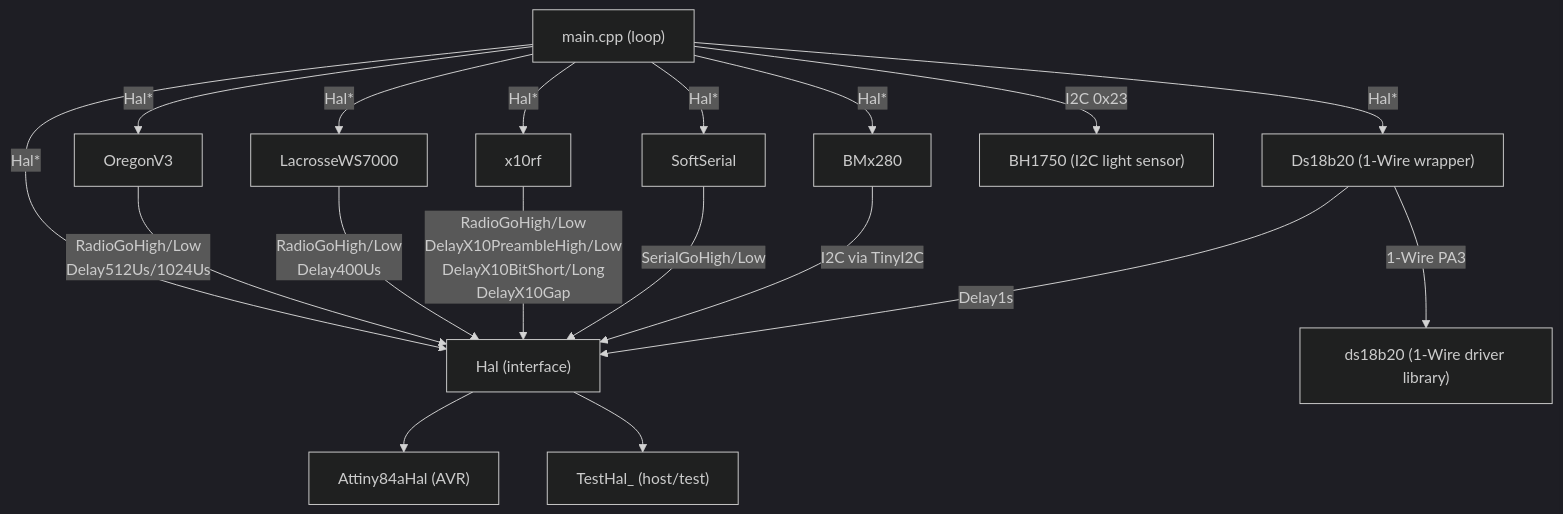
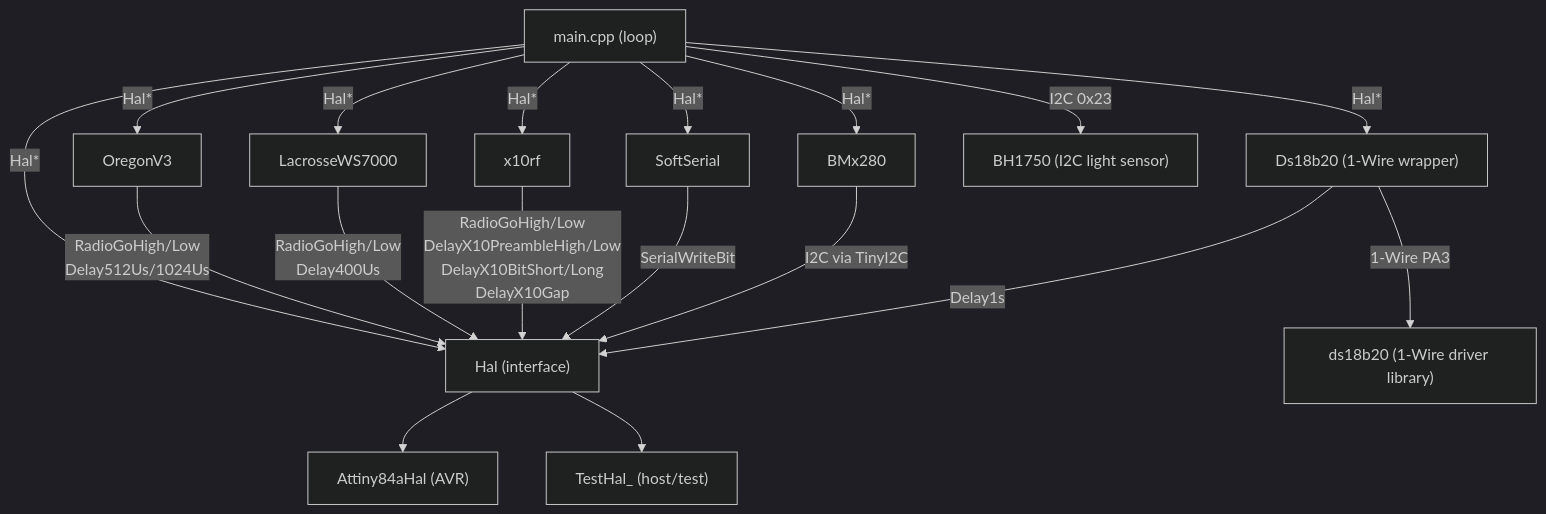
Before and after one commit to arcadien/tinySensor: the diagram in docs/architecture.md, drawn with Mermaid (dark theme). The commit also changed other lines of this file and 8 other files, not shown here.

First line of the commit message:
tech(TECH-SERIAL-001): drive SoftSerial through HAL SerialWriteBit

````diff
--- a/docs/architecture.md
+++ b/docs/architecture.md
@@ -7,22 +7,22 @@
 ```mermaid
 graph TD
   main["main.cpp (loop)"] -->|Hal*| HAL
   main -->|Hal*| OregonV3
   main -->|Hal*| LacrosseWS7000
   main -->|Hal*| x10rf
   main -->|Hal*| BMx280
   main -->|Hal*| SoftSerial
   main -->|Hal*| Ds18b20["Ds18b20 (1-Wire wrapper)"]
   Ds18b20 -->|"1-Wire PA3"| ds18b20["ds18b20 (1-Wire driver library)"]
   main -->|"I2C 0x23"| BH1750["BH1750 (I2C light sensor)"]
 
   HAL["Hal (interface)"] --> Attiny84aHal["Attiny84aHal (AVR)"]
   HAL --> TestHal["TestHal_ (host/test)"]
 
   OregonV3 -->|RadioGoHigh/Low\nDelay512Us/1024Us| HAL
   LacrosseWS7000 -->|RadioGoHigh/Low\nDelay400Us| HAL
   x10rf -->|"RadioGoHigh/Low\nDelayX10PreambleHigh/Low\nDelayX10BitShort/Long\nDelayX10Gap"| HAL
-  SoftSerial -->|SerialGoHigh/Low| HAL
+  SoftSerial -->|SerialWriteBit| HAL
   BMx280 -->|I2C via TinyI2C| HAL
   Ds18b20 -->|Delay1s| HAL
 ```
````
